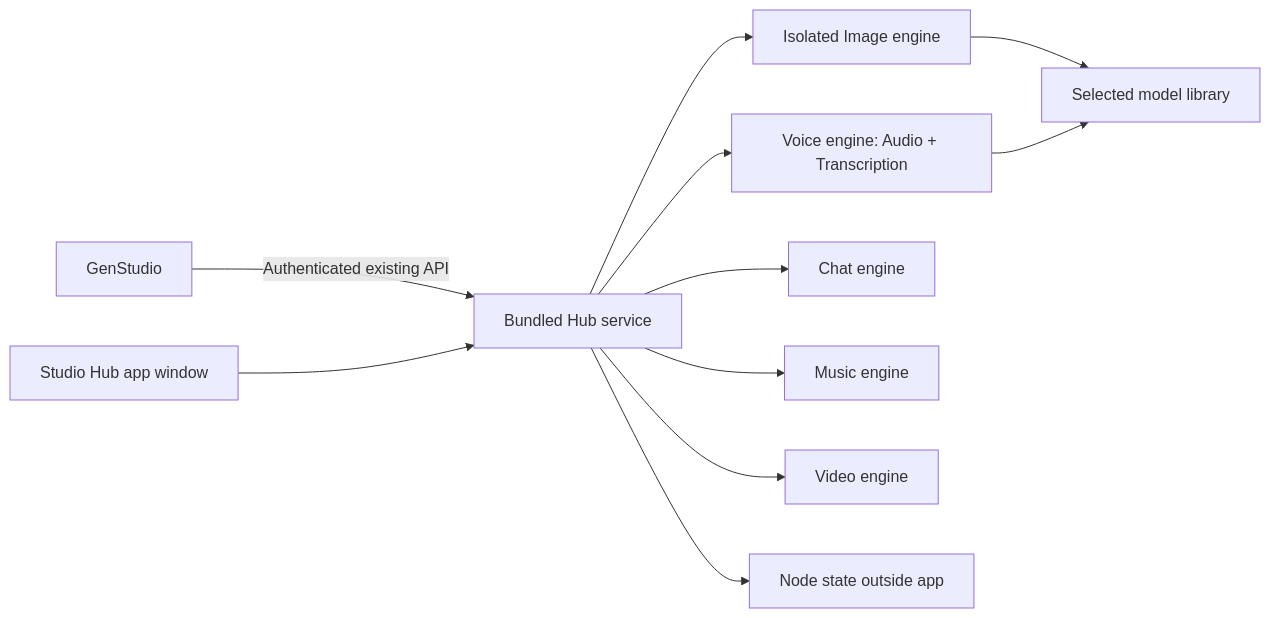
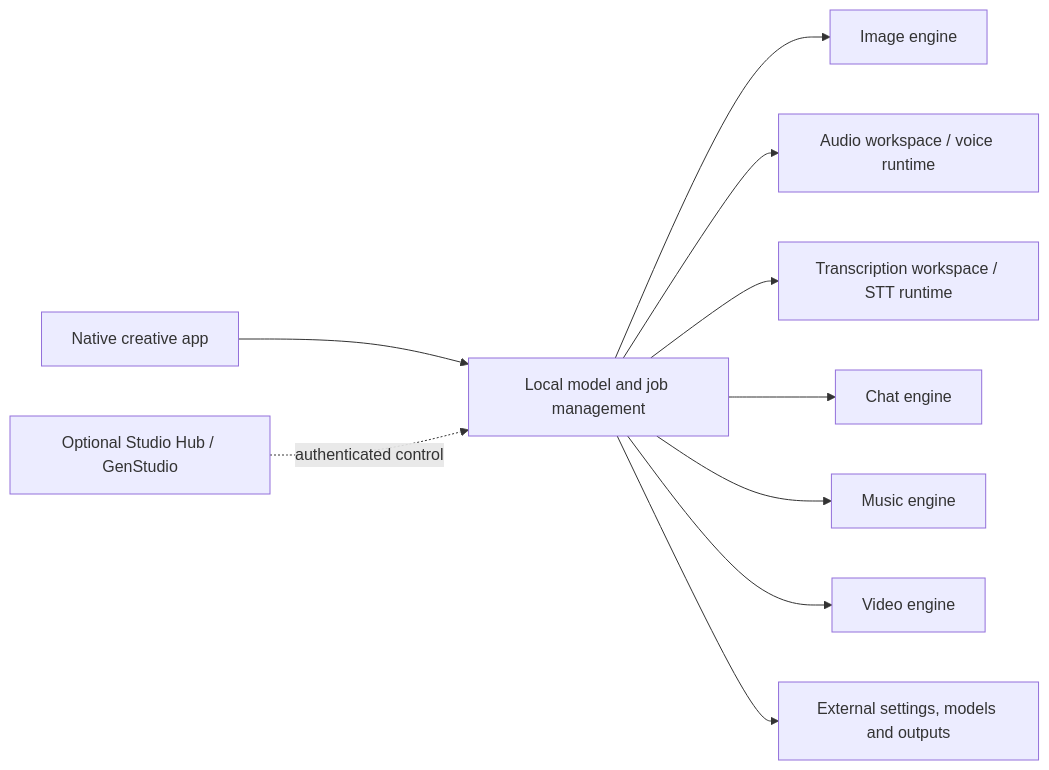
The diagram in docs/standalone-plan.md (theng12/hub-studio-kh), drawn with Mermaid before and after one commit. The commit also changed other lines of this file and 17 other files, not shown here.

Commit message:
Redesign native app around separate local creation workspaces

````diff
--- a/docs/standalone-plan.md
+++ b/docs/standalone-plan.md
@@ -30,13 +30,12 @@
 ```mermaid
 flowchart LR
-  G[GenStudio] -->|Authenticated existing API| H[Bundled Hub service]
-  U[Studio Hub app window] --> H
-  H --> I[Isolated Image engine]
-  H --> V[Voice engine: Audio + Transcription]
-  H --> C[Chat engine]
-  H --> A[Music engine]
-  H --> F[Video engine]
-  H --> D[Node state outside app]
-  I --> M[Selected model library]
-  V --> M
+  U[Native creative app] --> L[Local model and job management]
+  L --> I[Image engine]
+  L --> A[Audio workspace / voice runtime]
+  L --> T[Transcription workspace / STT runtime]
+  L --> C[Chat engine]
+  L --> M[Music engine]
+  L --> V[Video engine]
+  E[Optional Studio Hub / GenStudio] -. authenticated control .-> L
+  L --> D[External settings, models and outputs]
 ```
````
